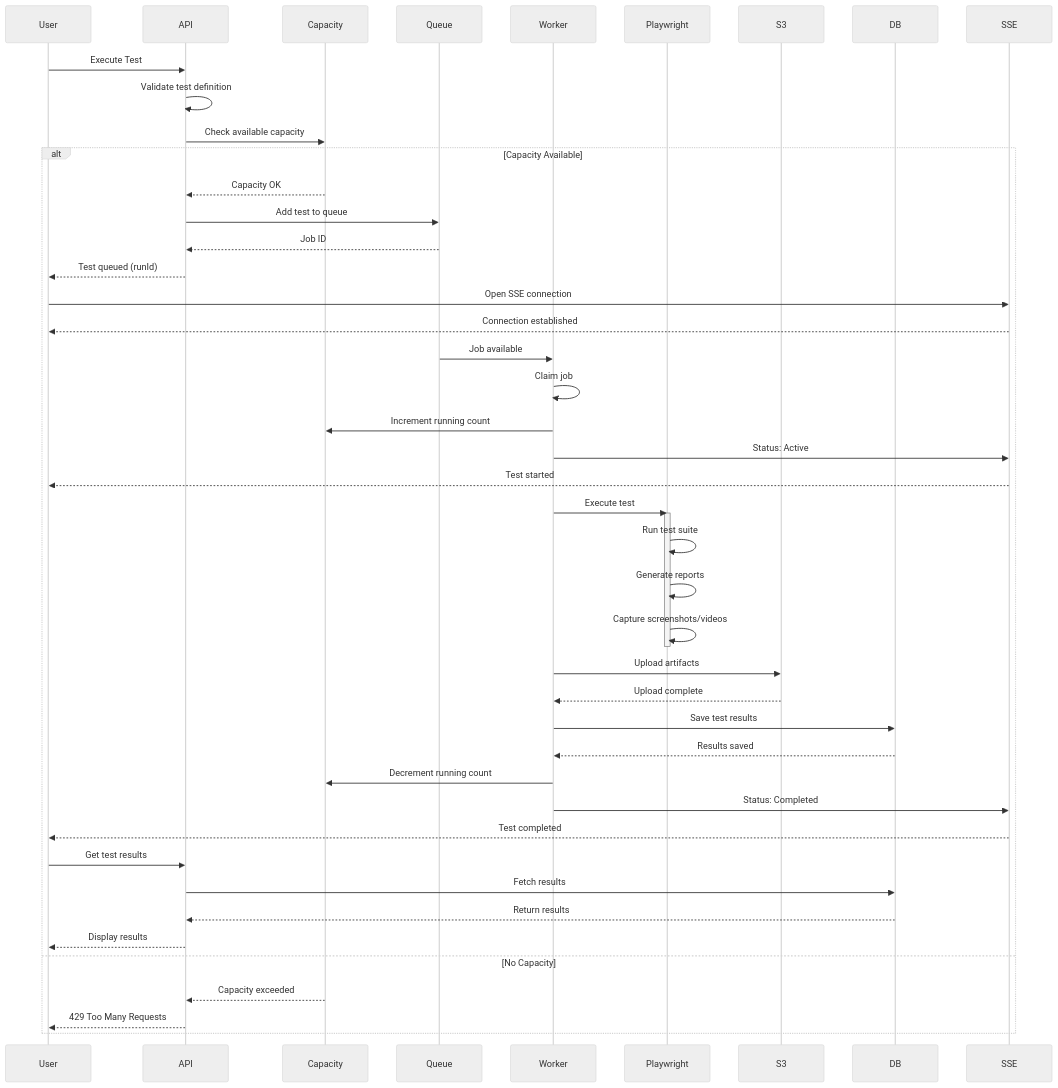
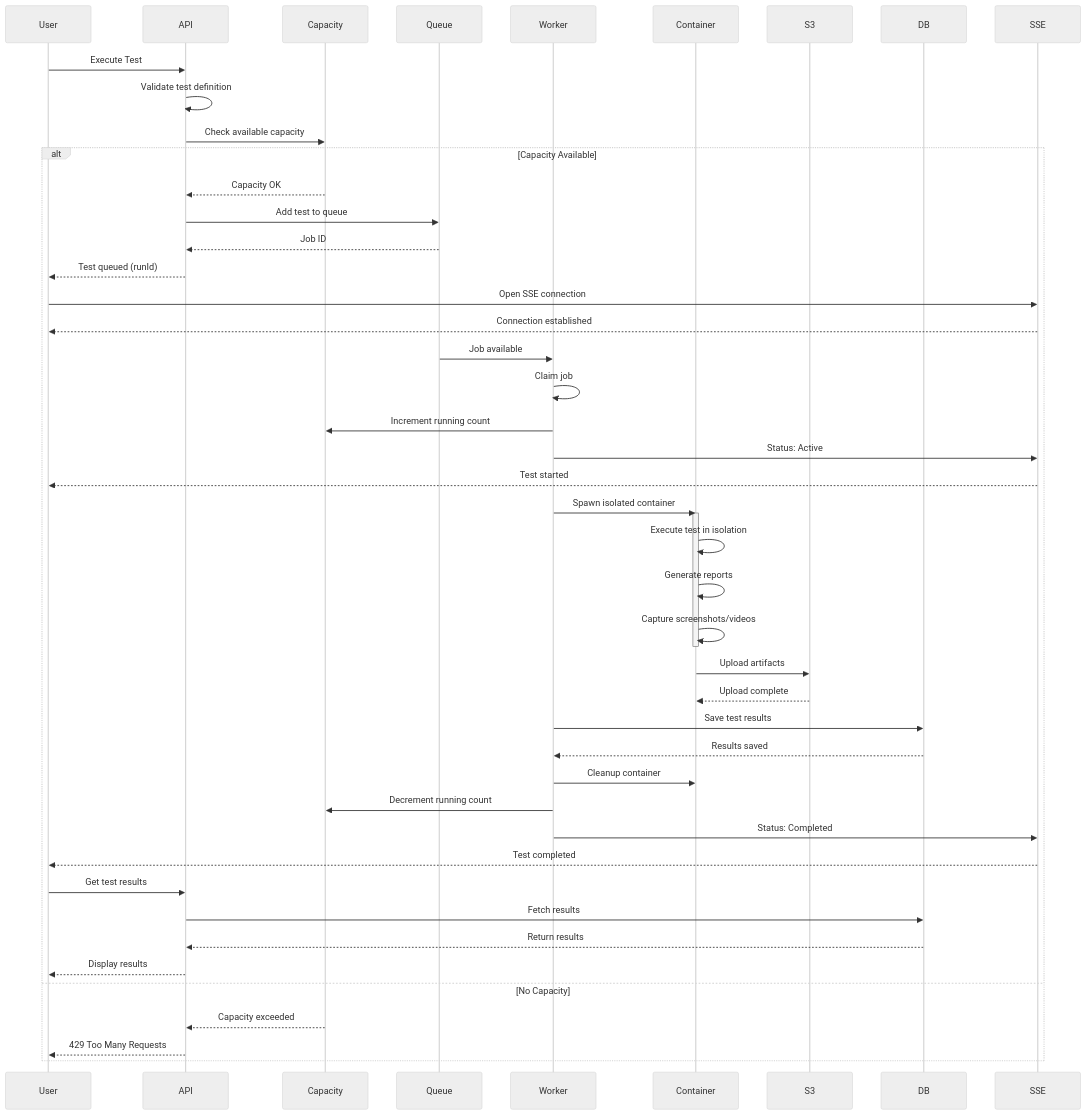
Before and after one commit to supercheck-io/supercheck: the fifth of 26 diagrams in specs/TEST_EXECUTION_AND_JOB_QUEUE_FLOW.md, drawn with Mermaid (neutral theme). The commit also changed other lines of this file and 14 other files, not shown here.

````diff
--- a/specs/TEST_EXECUTION_AND_JOB_QUEUE_FLOW.md
+++ b/specs/TEST_EXECUTION_AND_JOB_QUEUE_FLOW.md
@@ -103,58 +263,59 @@
 ```mermaid
 sequenceDiagram
     participant User
     participant API
     participant Capacity
     participant Queue
     participant Worker
-    participant Playwright
+    participant Container
     participant S3
     participant DB
     participant SSE
 
     User->>API: Execute Test
     API->>API: Validate test definition
     API->>Capacity: Check available capacity
 
     alt Capacity Available
         Capacity-->>API: Capacity OK
         API->>Queue: Add test to queue
         Queue-->>API: Job ID
         API-->>User: Test queued (runId)
 
         User->>SSE: Open SSE connection
         SSE-->>User: Connection established
 
         Queue->>Worker: Job available
         Worker->>Worker: Claim job
         Worker->>Capacity: Increment running count
         Worker->>SSE: Status: Active
         SSE-->>User: Test started
 
-        Worker->>Playwright: Execute test
-        activate Playwright
-        Playwright->>Playwright: Run test suite
-        Playwright->>Playwright: Generate reports
-        Playwright->>Playwright: Capture screenshots/videos
-        deactivate Playwright
+        Worker->>Container: Spawn isolated container
+        activate Container
+        Container->>Container: Execute test in isolation
+        Container->>Container: Generate reports
+        Container->>Container: Capture screenshots/videos
+        deactivate Container
 
-        Worker->>S3: Upload artifacts
-        S3-->>Worker: Upload complete
+        Container->>S3: Upload artifacts
+        S3-->>Container: Upload complete
 
         Worker->>DB: Save test results
         DB-->>Worker: Results saved
 
+        Worker->>Container: Cleanup container
         Worker->>Capacity: Decrement running count
         Worker->>SSE: Status: Completed
         SSE-->>User: Test completed
 
         User->>API: Get test results
         API->>DB: Fetch results
         DB-->>API: Return results
         API-->>User: Display results
 
     else No Capacity
         Capacity-->>API: Capacity exceeded
         API-->>User: 429 Too Many Requests
     end
 ```
````
